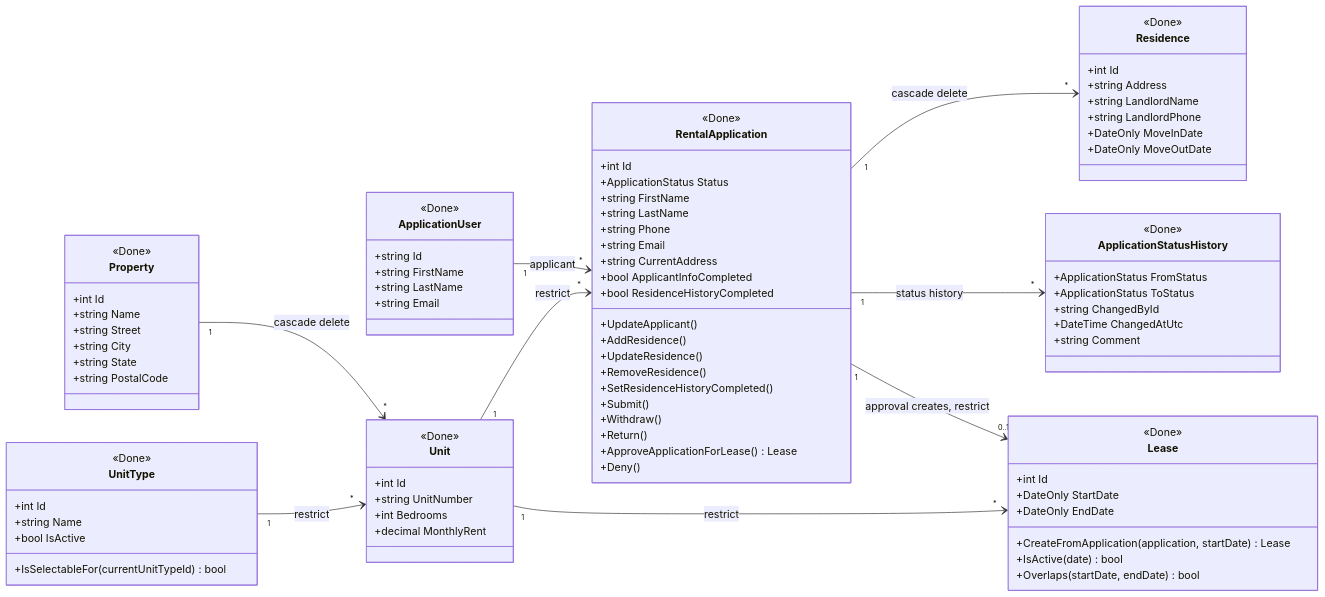
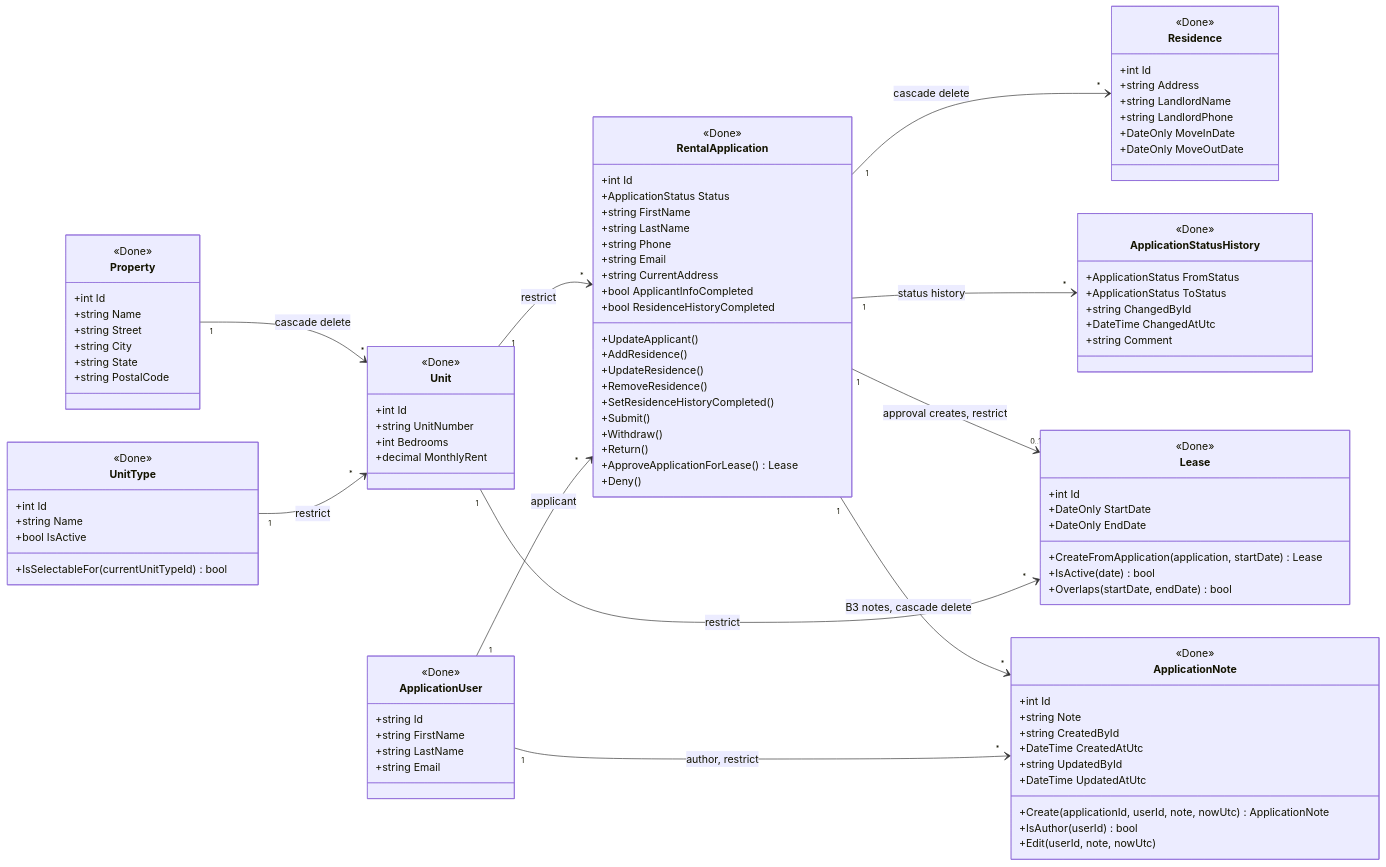
Before and after one commit to breps83/troy-rentalportal: the third of 7 diagrams in docs/diagrams.md, drawn with Mermaid. The commit also changed other lines of this file and 27 other files, not shown here.

First line of the commit message:
Add private property manager application notes

````diff
--- a/docs/diagrams.md
+++ b/docs/diagrams.md
@@ -200,6 +204,19 @@
         +Overlaps(startDate, endDate) bool
     }
 
+    class ApplicationNote {
+        <<Done>>
+        +int Id
+        +string Note
+        +string CreatedById
+        +DateTime CreatedAtUtc
+        +string UpdatedById
+        +DateTime UpdatedAtUtc
+        +Create(applicationId, userId, note, nowUtc) ApplicationNote
+        +IsAuthor(userId) bool
+        +Edit(userId, note, nowUtc)
+    }
+
     Property "1" --> "*" Unit : cascade delete
     UnitType "1" --> "*" Unit : restrict
     Unit "1" --> "*" RentalApplication : restrict
@@ -208,4 +225,6 @@
     RentalApplication "1" --> "*" ApplicationStatusHistory : status history
     RentalApplication "1" --> "0..1" Lease : approval creates, restrict
     Unit "1" --> "*" Lease : restrict
+    RentalApplication "1" --> "*" ApplicationNote : B3 notes, cascade delete
+    ApplicationUser "1" --> "*" ApplicationNote : author, restrict
 ```
````
